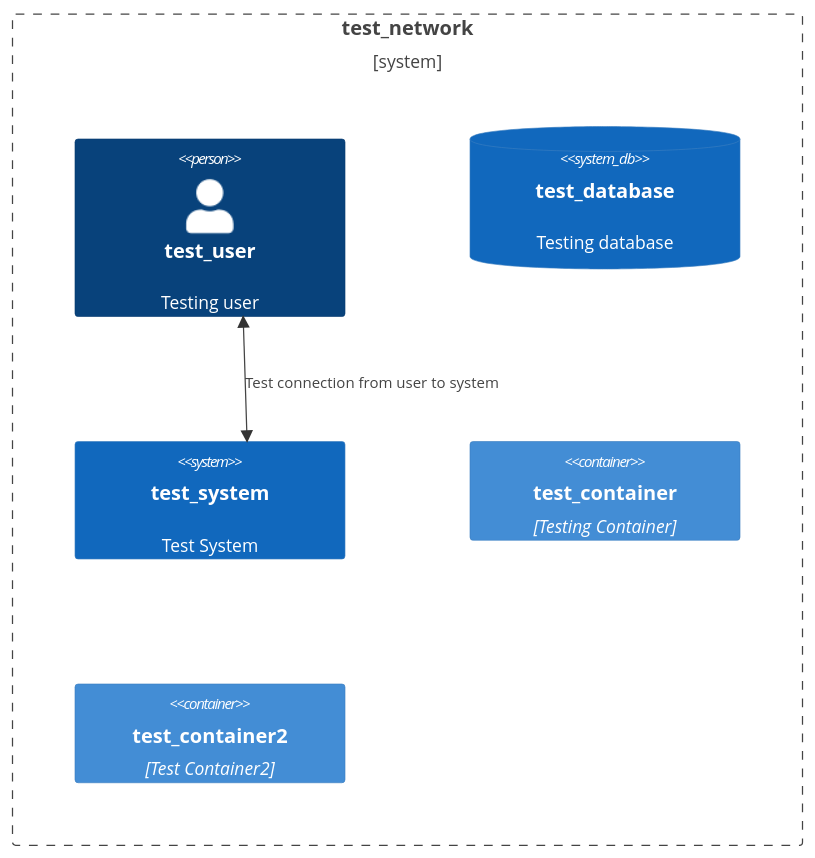
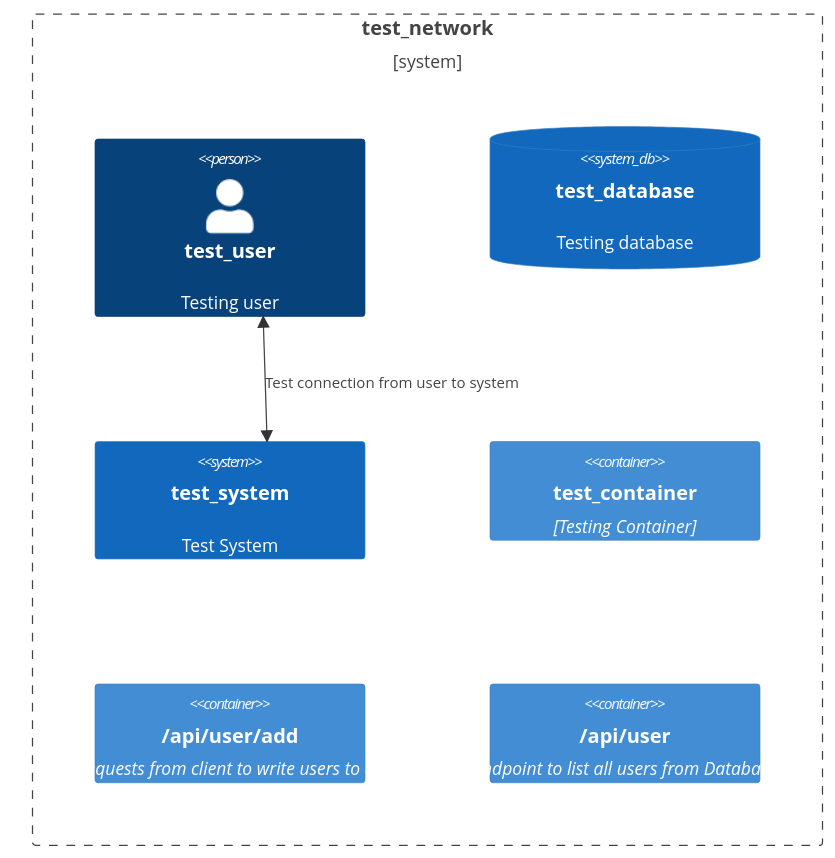
Before and after one commit to tjtharrison/pytmac: the diagram in tests/reports/report-2023-02-16.md, drawn with Mermaid. The commit also changed other lines of this file and 9 other files, not shown here.

````diff
--- a/tests/reports/report-2023-02-16.md
+++ b/tests/reports/report-2023-02-16.md
@@ -5,13 +5,14 @@
 ```mermaid
 C4Context
 	Boundary(btest_network, "test_network") {
 		Person(test_user, "test_user", "Testing user")
 		SystemDb(test_database,"test_database ", "Testing database")
 		System(test_system,"test_system ", "Test System")
 		Container(test_container,"test_container ", "Testing Container")
-		Container(test_container2,"test_container2 ", "Test Container2")
+		Container(/api/user/add,"/api/user/add ", "Receive requests from client to write users to database.")
+		Container(/api/user,"/api/user ", "Endpoint to list all users from Database")
 	}
 	BiRel(test_user,test_system, "Test connection from user to system")
 
 UpdateLayoutConfig($c4ShapeInRow="2", $c4BoundaryInRow="3")
 ```
````
